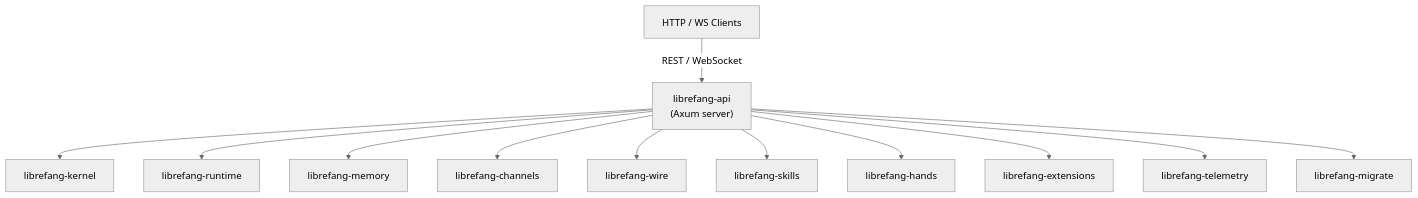
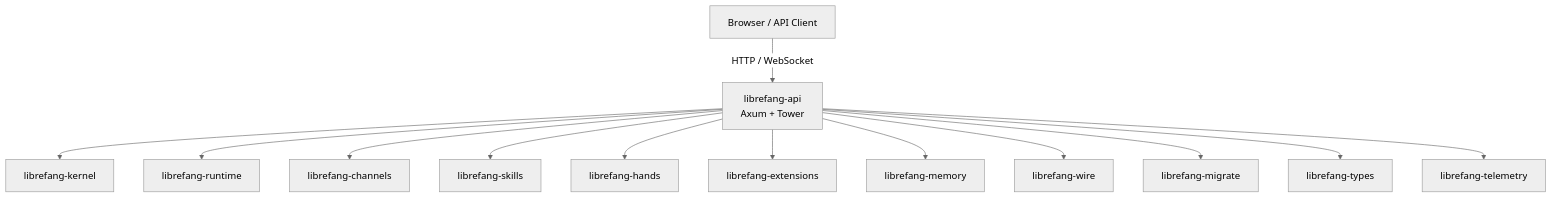
One commit to leszek3737/librefang-WIki changed the diagram in other-librefang-api.md. Above: the diagram before and after it, drawn with Mermaid (neutral theme). The commit also changed other lines of this file and 100 other files, not shown here.

````diff
--- a/other-librefang-api.md
+++ b/other-librefang-api.md
@@ -9,27 +9,17 @@
 ```mermaid
 graph TD
-    Client["HTTP / WS Clients"]
-    API["librefang-api<br/>(Axum server)"]
-    Kernel["librefang-kernel"]
-    Runtime["librefang-runtime"]
-    Memory["librefang-memory"]
-    Channels["librefang-channels"]
-    Wire["librefang-wire"]
-    Skills["librefang-skills"]
-    Hands["librefang-hands"]
-    Extensions["librefang-extensions"]
-    Telemetry["librefang-telemetry"]
-    Migrate["librefang-migrate"]
-
-    Client -->|REST / WebSocket| API
-    API --> Kernel
-    API --> Runtime
-    API --> Memory
-    API --> Channels
-    API --> Wire
-    API --> Skills
-    API --> Hands
-    API --> Extensions
-    API --> Telemetry
-    API --> Migrate
+    Client[Browser / API Client]
+    API[librefang-api<br/>Axum + Tower]
+    Client -->|HTTP / WebSocket| API
+    API --> KT[librefang-kernel]
+    API --> RT[librefang-runtime]
+    API --> CH[librefang-channels]
+    API --> SK[librefang-skills]
+    API --> HD[librefang-hands]
+    API --> EX[librefang-extensions]
+    API --> MEM[librefang-memory]
+    API --> WR[librefang-wire]
+    API --> MG[librefang-migrate]
+    API --> TY[librefang-types]
+    API --> TM[librefang-telemetry]
 ```
````
